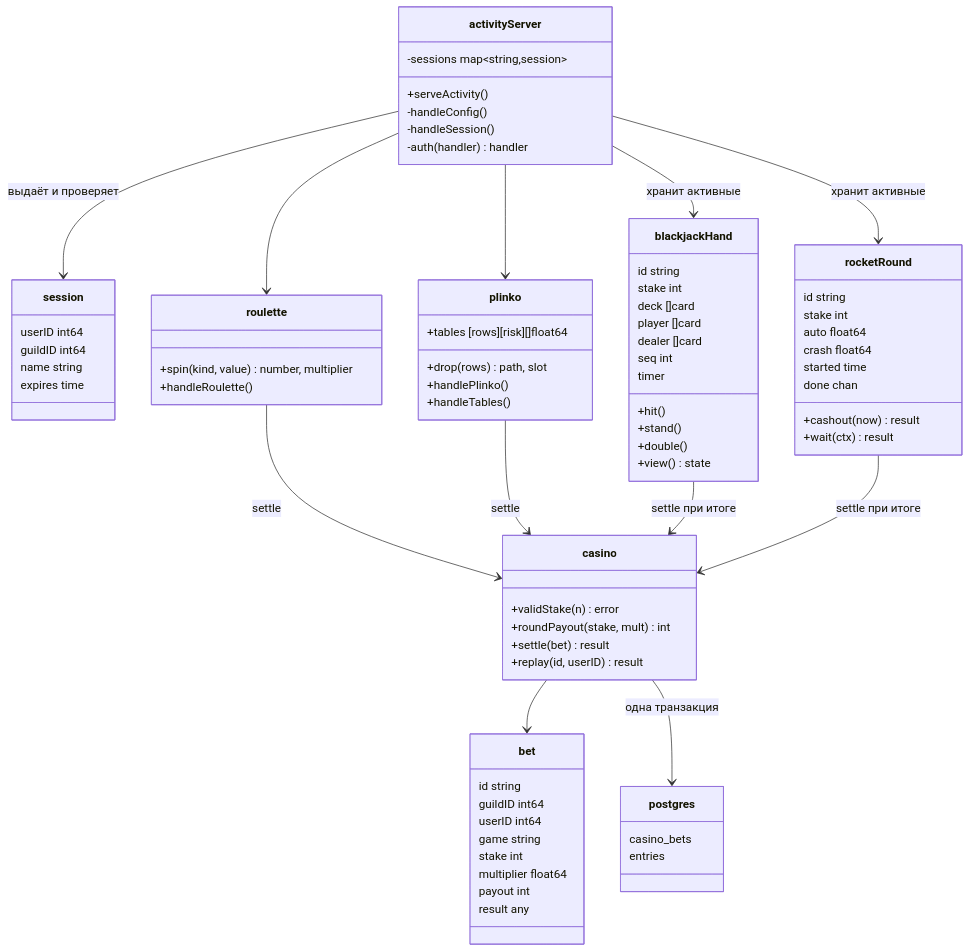
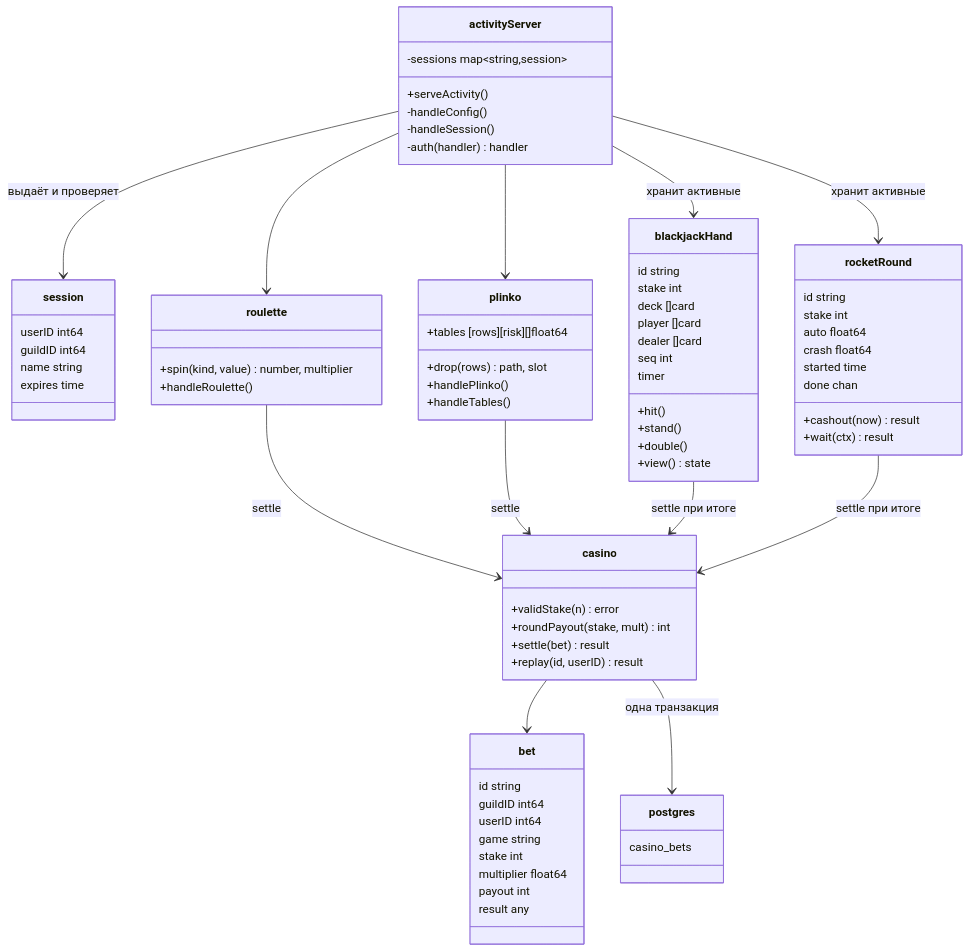
Before and after one commit to zaptot/pushups-bot: the first of 2 diagrams in specs/001-activity-casino-games/plan.md, drawn with Mermaid. The commit also changed other lines of this file and 12 other files, not shown here.

````diff
--- a/specs/001-activity-casino-games/plan.md
+++ b/specs/001-activity-casino-games/plan.md
@@ -94,81 +94,80 @@
 ```mermaid
 classDiagram
     class activityServer {
         +serveActivity()
         -sessions map~string,session~
         -handleConfig()
         -handleSession()
         -auth(handler) handler
     }
     class session {
         userID int64
         guildID int64
         name string
         expires time
     }
     class casino {
         +validStake(n) error
         +roundPayout(stake, mult) int
         +settle(bet) result
         +replay(id, userID) result
     }
     class bet {
         id string
         guildID int64
         userID int64
         game string
         stake int
         multiplier float64
         payout int
         result any
     }
     class roulette {
         +spin(kind, value) number, multiplier
         +handleRoulette()
     }
     class plinko {
         +tables [rows][risk][]float64
         +drop(rows) path, slot
         +handlePlinko()
         +handleTables()
     }
     class blackjackHand {
         id string
         stake int
         deck []card
         player []card
         dealer []card
         seq int
         timer
         +hit()
         +stand()
         +double()
         +view() state
     }
     class rocketRound {
         id string
         stake int
         auto float64
         crash float64
         started time
         done chan
         +cashout(now) result
         +wait(ctx) result
     }
     class postgres {
         casino_bets
-        entries
     }
 
     activityServer --> session : выдаёт и проверяет
     activityServer --> roulette
     activityServer --> plinko
     activityServer --> blackjackHand : хранит активные
     activityServer --> rocketRound : хранит активные
     roulette --> casino : settle
     plinko --> casino : settle
     blackjackHand --> casino : settle при итоге
     rocketRound --> casino : settle при итоге
     casino --> bet
     casino --> postgres : одна транзакция
 ```
````
